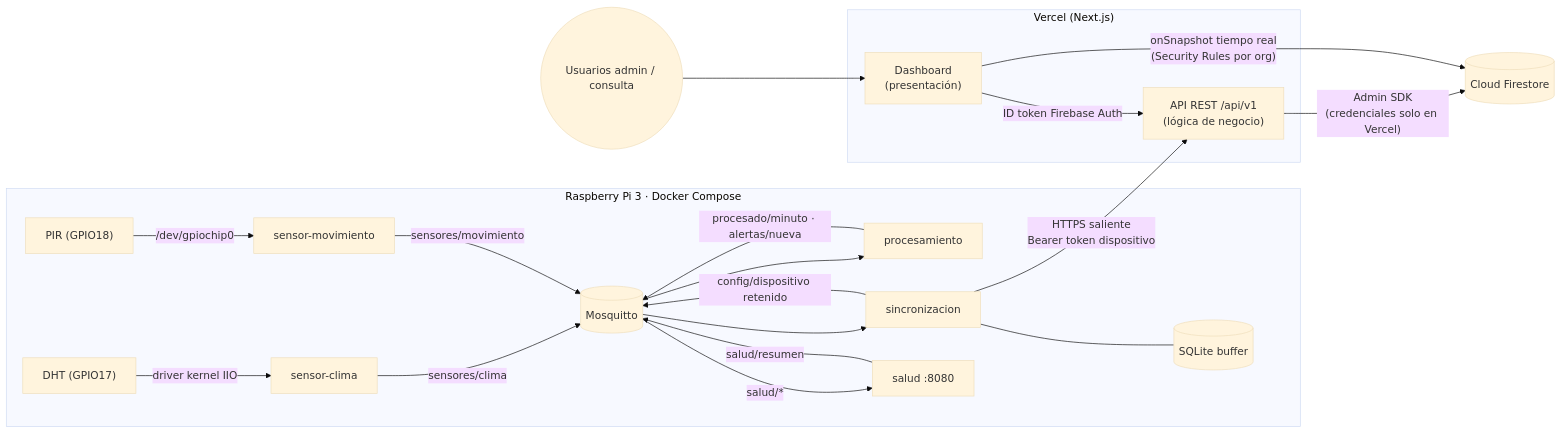
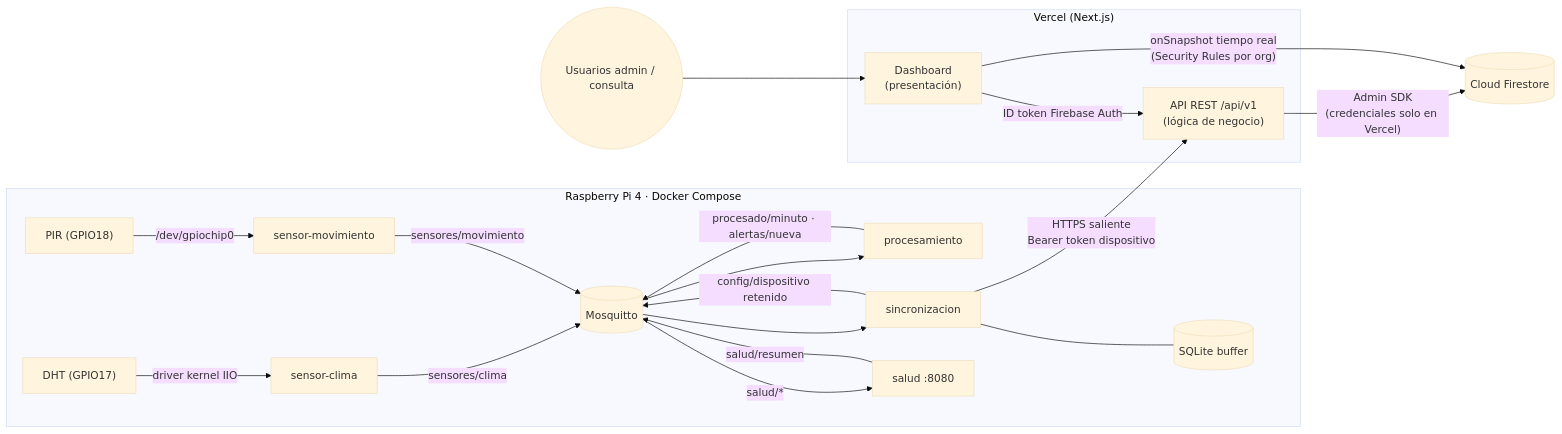
The diagram in docs/ARQUITECTURA.md (ZaidIsamit/RaspberryPi), drawn with Mermaid (base theme) before and after one commit. The commit also changed other lines of this file and 16 other files, not shown here.

````diff
--- a/docs/ARQUITECTURA.md
+++ b/docs/ARQUITECTURA.md
@@ -14,25 +14,25 @@
 ```mermaid
 flowchart LR
-  subgraph RPI["Raspberry Pi 3 · Docker Compose"]
+  subgraph RPI["Raspberry Pi 4 · Docker Compose"]
     DHT["DHT (GPIO17)"] -->|driver kernel IIO| SC[sensor-clima]
     PIR["PIR (GPIO18)"] -->|/dev/gpiochip0| SM[sensor-movimiento]
     SC -->|sensores/clima| MQ[(Mosquitto)]
     SM -->|sensores/movimiento| MQ
     MQ --> PR[procesamiento]
     PR -->|procesado/minuto · alertas/nueva| MQ
     MQ --> SY[sincronizacion]
     SY --- DB[(SQLite buffer)]
     SY -->|config/dispositivo retenido| MQ
     MQ -->|salud/*| SA[salud :8080]
     SA -->|salud/resumen| MQ
   end
   SY -- "HTTPS saliente\nBearer token dispositivo" --> API
   subgraph VERCEL["Vercel (Next.js)"]
     API["API REST /api/v1\n(lógica de negocio)"]
     WEB["Dashboard\n(presentación)"]
   end
   API -- "Admin SDK\n(credenciales solo en Vercel)" --> FS[(Cloud Firestore)]
   WEB -- "onSnapshot tiempo real\n(Security Rules por org)" --> FS
   WEB -- "ID token Firebase Auth" --> API
   U((Usuarios admin / consulta)) --> WEB
 ```
````
